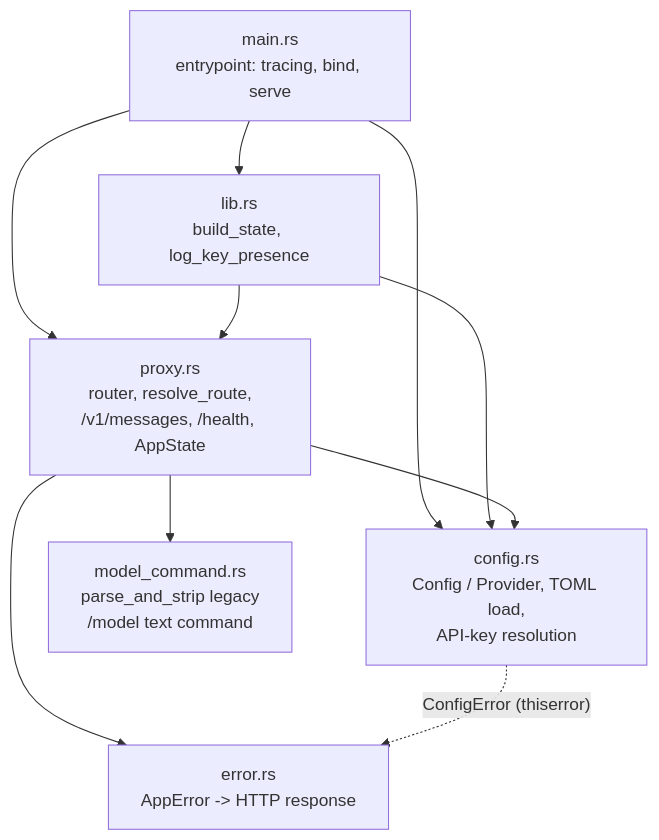
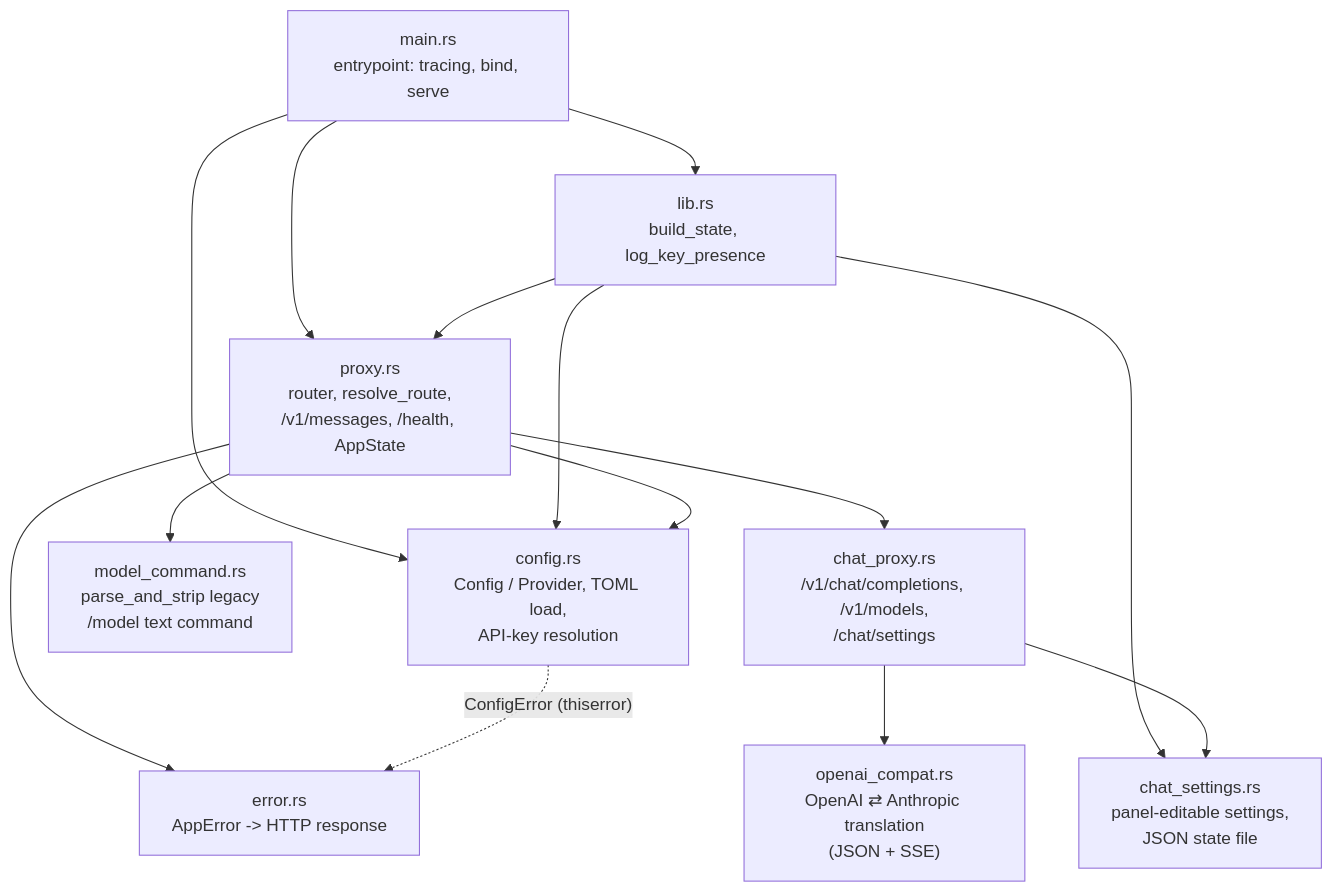
One commit to cyb5r67/Claude-Code-Multi-Provider-in-Rust changed the second of 9 diagrams in docs/ARCHITECTURE.md. Above: the diagram before and after it, drawn with Mermaid. The commit also changed other lines of this file and 5 other files, not shown here.

Commit message:
feat: route Open WebUI through the proxy; document the chat front door

````diff
--- a/docs/ARCHITECTURE.md
+++ b/docs/ARCHITECTURE.md
@@ -46,19 +50,26 @@
 ```mermaid
 flowchart TD
     main["main.rs<br/>entrypoint: tracing, bind, serve"]
     lib["lib.rs<br/>build_state, log_key_presence"]
     config["config.rs<br/>Config / Provider, TOML load,<br/>API-key resolution"]
     proxy["proxy.rs<br/>router, resolve_route,<br/>/v1/messages, /health, AppState"]
     model["model_command.rs<br/>parse_and_strip legacy<br/>/model text command"]
     error["error.rs<br/>AppError -> HTTP response"]
+    chatproxy["chat_proxy.rs<br/>/v1/chat/completions, /v1/models,<br/>/chat/settings"]
+    compat["openai_compat.rs<br/>OpenAI ⇄ Anthropic translation<br/>(JSON + SSE)"]
+    chatset["chat_settings.rs<br/>panel-editable settings,<br/>JSON state file"]
 
     main --> lib
     main --> config
     main --> proxy
     lib --> config
     lib --> proxy
+    lib --> chatset
     proxy --> config
     proxy --> model
     proxy --> error
+    proxy --> chatproxy
+    chatproxy --> compat
+    chatproxy --> chatset
     config -. "ConfigError (thiserror)" .-> error
 ```
````
